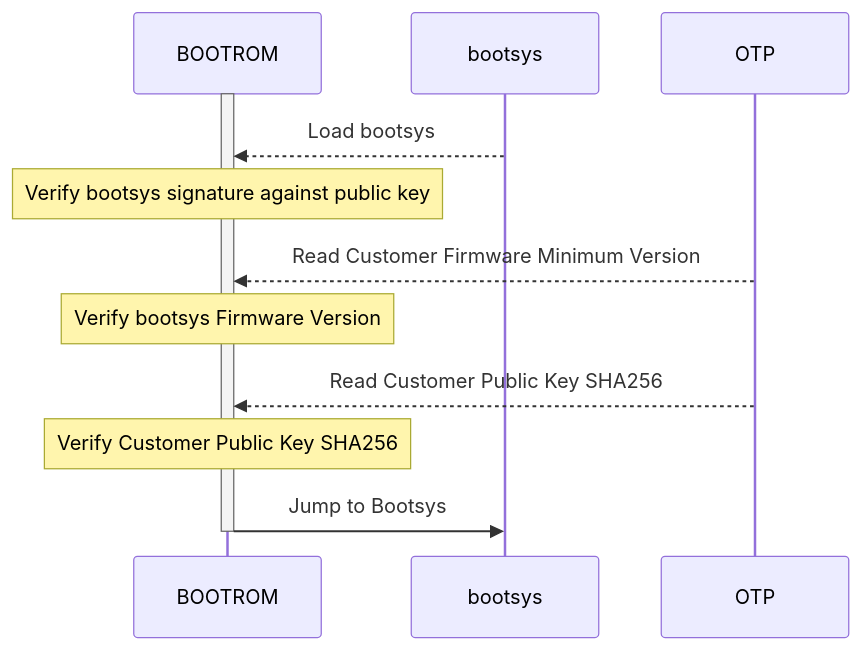
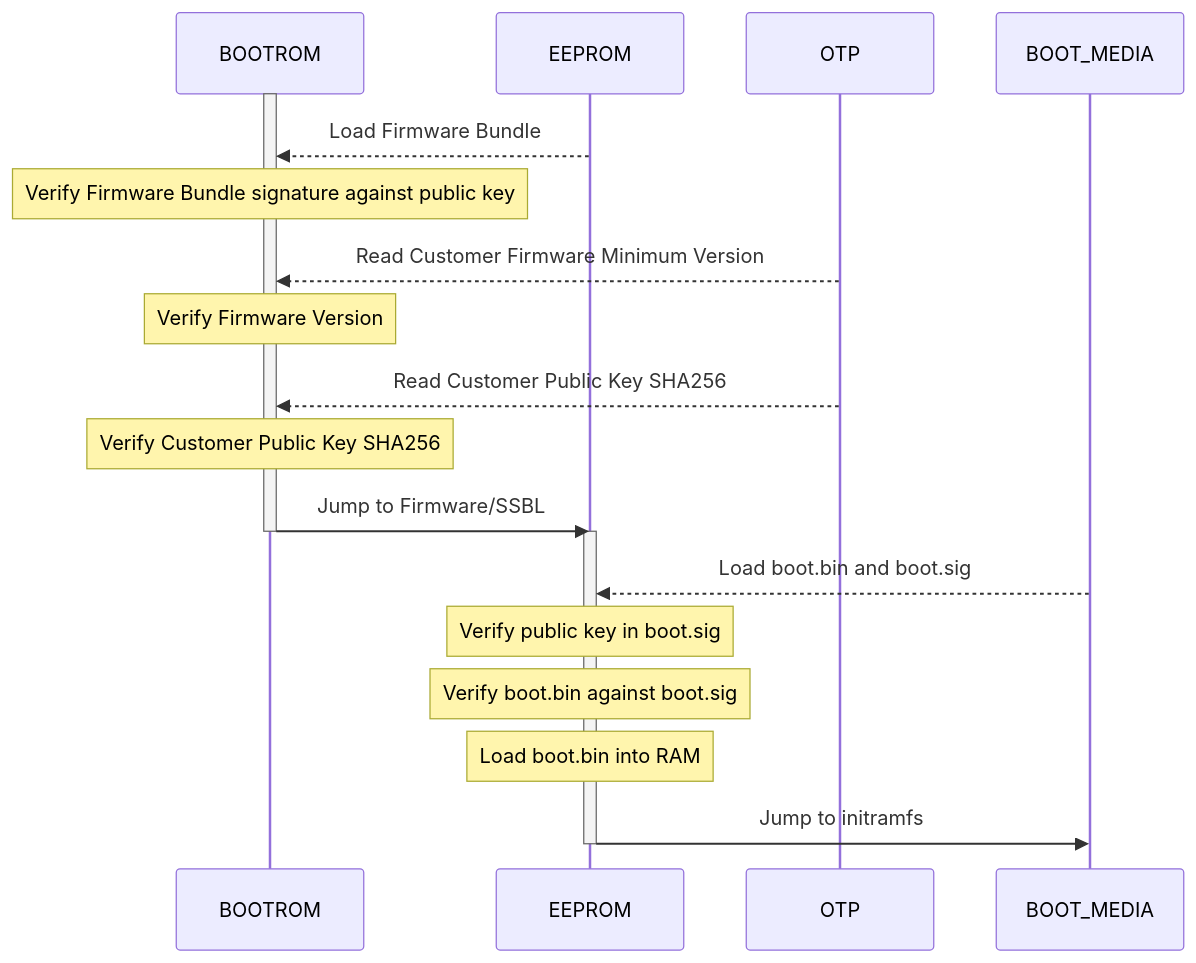
One commit to ams-tech/nixos-rpi5-secure-boot changed the diagram in README.md. Above: the diagram before and after it, drawn with Mermaid. The commit also changed other lines of this file, not shown here.

Commit message:
update chain of trust diagram

````diff
--- a/README.md
+++ b/README.md
@@ -23,18 +23,27 @@
 ```mermaid
 sequenceDiagram
     create participant BOOTROM
     activate BOOTROM
 
-    bootsys-->>BOOTROM: Load bootsys
-    Note Over BOOTROM: Verify bootsys signature against public key
+    EEPROM-->>BOOTROM: Load Firmware Bundle
+    Note Over BOOTROM: Verify Firmware Bundle signature against public key
 
     OTP-->>BOOTROM: Read Customer Firmware Minimum Version
-    Note Over BOOTROM: Verify bootsys Firmware Version
+    Note Over BOOTROM: Verify Firmware Version
 
     OTP-->>BOOTROM: Read Customer Public Key SHA256
     Note Over BOOTROM: Verify Customer Public Key SHA256
+
+    BOOTROM->>EEPROM: Jump to Firmware/SSBL
+    deactivate BOOTROM
+    activate EEPROM
     
-    BOOTROM->>bootsys: Jump to Bootsys
-    deactivate BOOTROM
-    activate bootsys
+
+    BOOT_MEDIA-->>EEPROM: Load boot.bin and boot.sig
+    Note over EEPROM: Verify public key in boot.sig
+    Note over EEPROM: Verify boot.bin against boot.sig
+    Note over EEPROM: Load boot.bin into RAM
+    EEPROM->>BOOT_MEDIA: Jump to initramfs
+    deactivate EEPROM
+
 ```
````
